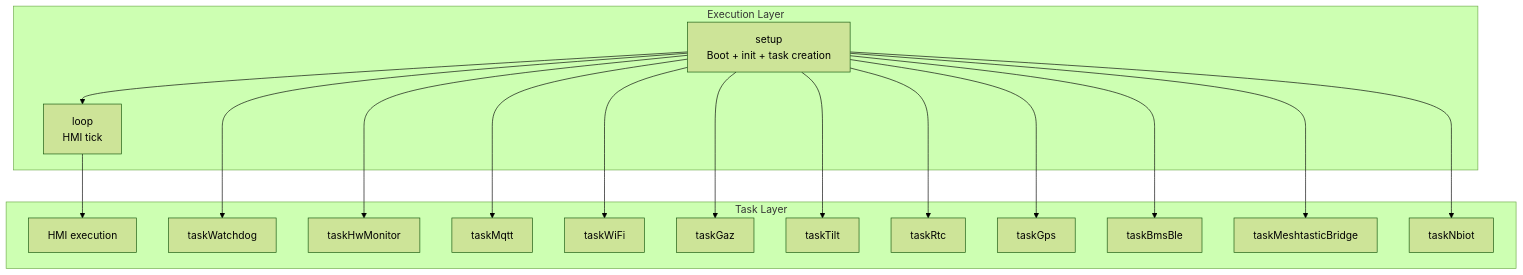
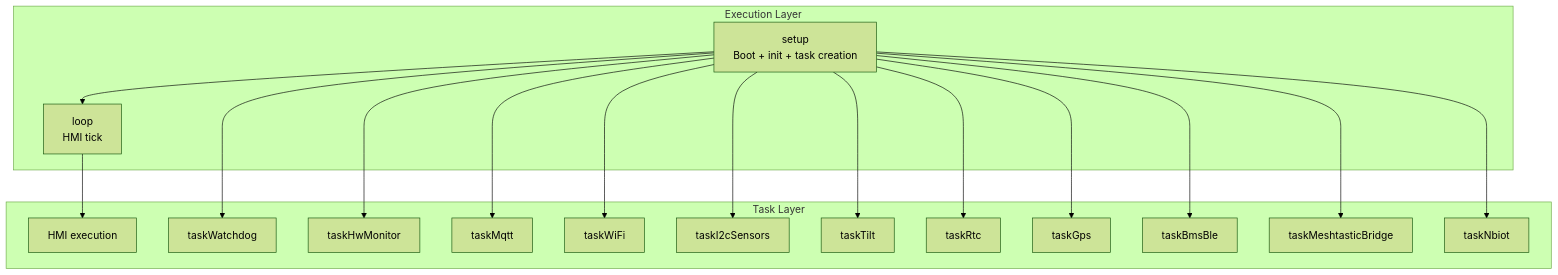
Before and after one commit to lburais/SmartFranklin: the diagram in README.md, drawn with Mermaid (forest theme). The commit also changed other lines of this file and 31 other files, not shown here.

````diff
--- a/README.md
+++ b/README.md
@@ -25,36 +21,36 @@
 ```mermaid
 flowchart TD
     subgraph L1[Execution Layer]
         SETUP[setup\nBoot + init + task creation]
         LOOP[loop\nHMI tick]
     end
 
     subgraph L2[Task Layer]
         T_HMI[HMI execution]
         T_WD[taskWatchdog]
         T_HW[taskHwMonitor]
         T_MQTT[taskMqtt]
         T_WIFI[taskWiFi]
-        T_GAZ[taskGaz]
+        T_I2C[taskI2cSensors]
         T_TILT[taskTilt]
         T_RTC[taskRtc]
         T_GPS[taskGps]
         T_BMS[taskBmsBle]
         T_MESH[taskMeshtasticBridge]
         T_NBIOT[taskNbiot]
     end
 
     SETUP --> LOOP
     LOOP --> T_HMI
     SETUP --> T_WD
     SETUP --> T_HW
     SETUP --> T_MQTT
     SETUP --> T_WIFI
-    SETUP --> T_GAZ
+    SETUP --> T_I2C
     SETUP --> T_TILT
     SETUP --> T_RTC
     SETUP --> T_GPS
     SETUP --> T_BMS
     SETUP --> T_MESH
     SETUP --> T_NBIOT
 ```
````
